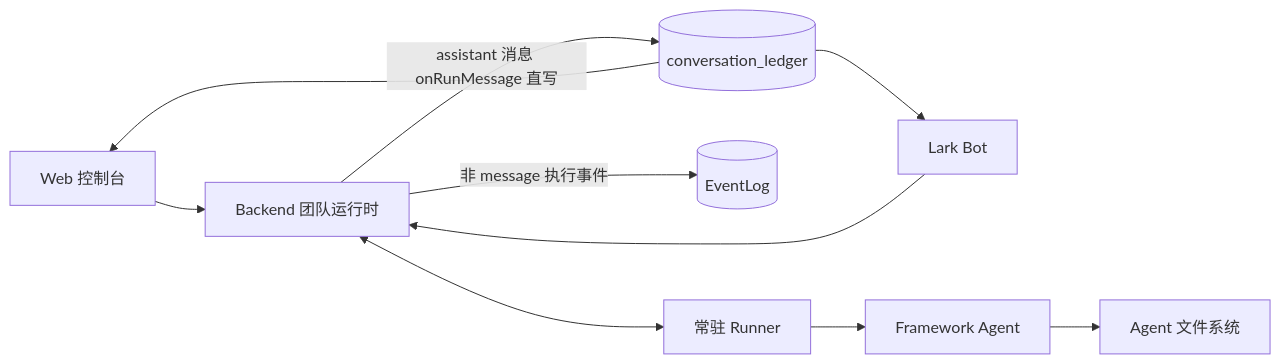
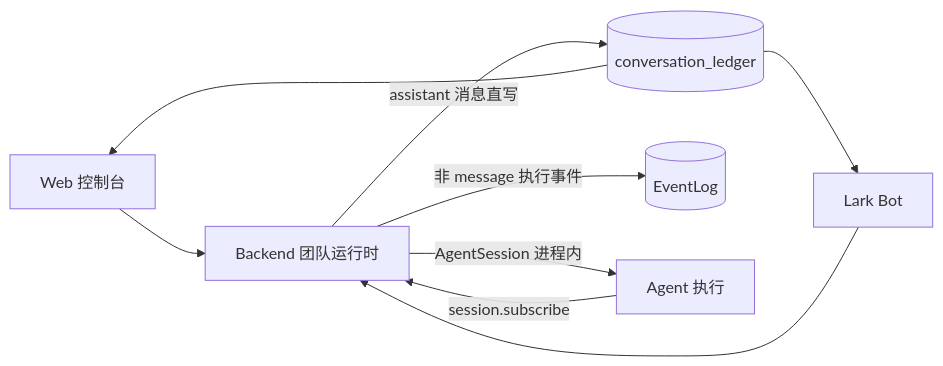
The diagram in README.md (Chengchcc/my-agent-team), drawn with Mermaid before and after one commit. The commit also changed other lines of this file and 8 other files, not shown here.

First line of the commit message:
docs(repo): update all READMEs for AgentSession architecture

````diff
--- a/README.md
+++ b/README.md
@@ -15,12 +14,11 @@
 ```mermaid
 flowchart LR
   Web[Web 控制台] --> Backend[Backend 团队运行时]
   Lark[Lark Bot] --> Backend
-  Backend -->|assistant 消息 onRunMessage 直写| Ledger[(conversation_ledger)]
+  Backend -->|assistant 消息直写| Ledger[(conversation_ledger)]
   Backend -->|非 message 执行事件| EventLog[(EventLog)]
-  Backend <--> Runner[常驻 Runner]
-  Runner --> Framework[Framework Agent]
-  Framework --> AFS[Agent 文件系统]
+  Backend -->|AgentSession 进程内| Agent[Agent 执行]
+  Agent -->|session.subscribe| Backend
   Ledger --> Web
   Ledger --> Lark
 ```
````
